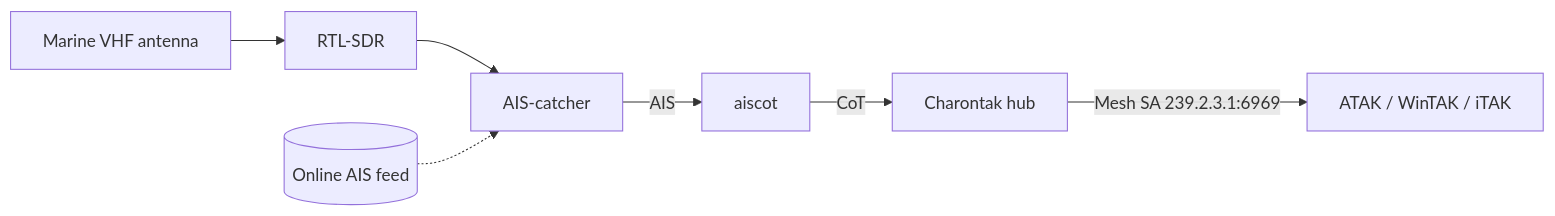
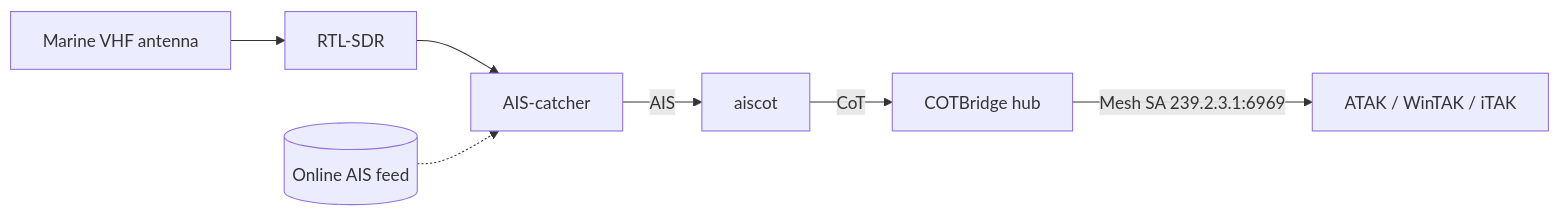
The diagram in docs/deploy/maritime-ais.md (snstac/aryaos), drawn with Mermaid before and after one commit. The commit also changed other lines of this file and 180 other files, not shown here.

````diff
--- a/docs/deploy/maritime-ais.md
+++ b/docs/deploy/maritime-ais.md
@@ -44,9 +44,9 @@
 ```mermaid
 flowchart LR
     A[Marine VHF antenna] --> S[RTL-SDR]
     S --> C[AIS-catcher]
     Feed[(Online AIS feed)] -.-> C
     C -->|AIS| X[aiscot]
-    X -->|CoT| H[Charontak hub]
+    X -->|CoT| H[COTBridge hub]
     H -->|Mesh SA 239.2.3.1:6969| E[ATAK / WinTAK / iTAK]
 ```
````
